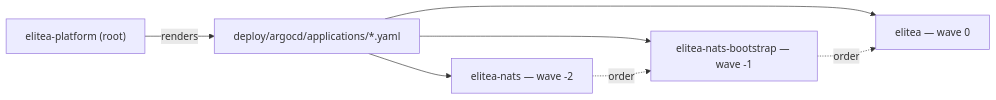
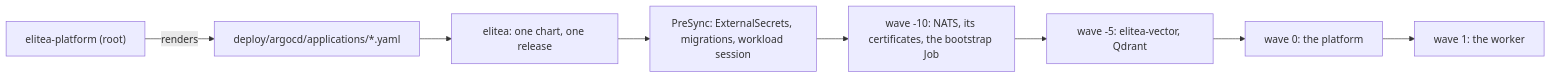
Before and after one commit to elitea-ng/elitea-platform: the diagram in apps/elitea-web/src/entries/docs/content/deployment/argocd.mdx, drawn with Mermaid. The commit also changed other lines of this file and 283 other files, not shown here.

First line of the commit message:
feat(helm)!: one chart (NATS + Qdrant as chart dependencies, optional KEDA), single edge route, whole product by default, GKE + Argo CD guide (#1390)

````diff
--- a/apps/elitea-web/src/entries/docs/content/deployment/argocd.mdx
+++ b/apps/elitea-web/src/entries/docs/content/deployment/argocd.mdx
@@ -16,8 +20,10 @@
 ```mermaid
 flowchart LR
     Root["elitea-platform (root)"] -->|renders| Dir["deploy/argocd/applications/*.yaml"]
-    Dir --> Nats["elitea-nats — wave -2"]
-    Dir --> Bootstrap["elitea-nats-bootstrap — wave -1"]
-    Dir --> Elitea["elitea — wave 0"]
-    Nats -.order.-> Bootstrap -.order.-> Elitea
+    Dir --> Elitea["elitea: one chart, one release"]
+    Elitea --> Hooks["PreSync: ExternalSecrets, migrations, workload session"]
+    Hooks --> Nats["wave -10: NATS, its certificates, the bootstrap Job"]
+    Nats --> Vector["wave -5: elitea-vector, Qdrant"]
+    Vector --> Platform["wave 0: the platform"]
+    Platform --> Worker["wave 1: the worker"]
 ```
````
